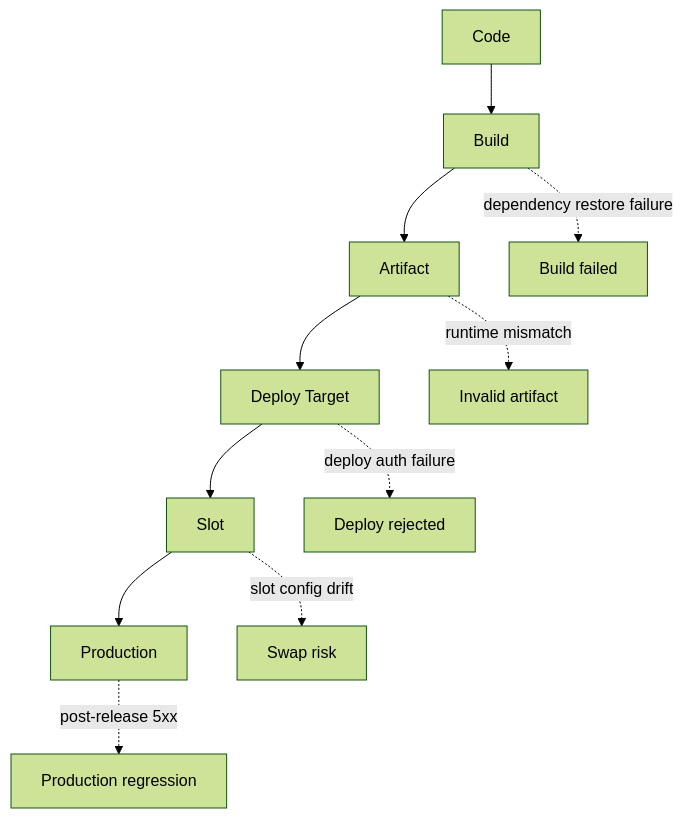
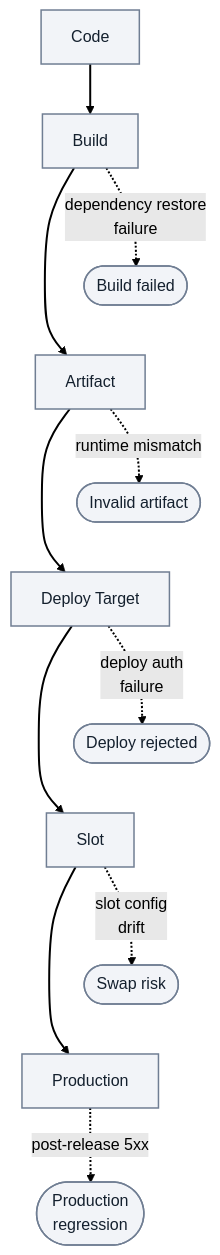
Before and after one commit to yeongseon/azure-functions-practical-guide: the third of 6 diagrams in docs/troubleshooting/request-flow-for-incident-response.md, drawn with Mermaid (forest theme). The commit also changed other lines of this file and 1 other file, not shown here.

First line of the commit message:
docs(diagrams): improve incident-response flows and record storage-map blocker (#457)

````diff
--- a/docs/troubleshooting/request-flow-for-incident-response.md
+++ b/docs/troubleshooting/request-flow-for-incident-response.md
@@ -195,14 +224,24 @@
 ```mermaid
 flowchart TD
+    accTitle: Deployment-stage failure checkpoints
+    accDescr: Illustrative code, build, artifact, deploy target, slot and production stages with five candidate release-failure associations. The slot stage applies to slot-supported hosting plans, not Flex Consumption.
     A[Code] --> B[Build]
     B --> C[Artifact]
     C --> D[Deploy Target]
     D --> E[Slot]
     E --> F[Production]
 
-    B -. dependency restore failure .-> X1[Build failed]
-    C -. runtime mismatch .-> X2[Invalid artifact]
-    D -. deploy auth failure .-> X3[Deploy rejected]
-    E -. slot config drift .-> X4[Swap risk]
-    F -. post-release 5xx .-> X5[Production regression]
+    B -. "dependency restore<br/>failure" .-> X1(["Build failed"])
+    C -. "runtime mismatch" .-> X2(["Invalid artifact"])
+    D -. "deploy auth<br/>failure" .-> X3(["Deploy rejected"])
+    E -. "slot config<br/>drift" .-> X4(["Swap risk"])
+    F -. "post-release 5xx" .-> X5(["Production<br/>regression"])
+    %% Layout-only links serialize callouts; they add no diagnostic steps or arrows.
+    X1 ~~~ C
+    X2 ~~~ D
+    X3 ~~~ E
+    X4 ~~~ F
+    classDef neutral fill:#f2f4f8,stroke:#707e93,stroke-width:1.5px,color:#14202e;
+    class A,B,C,D,E,F,X1,X2,X3,X4,X5 neutral;
+    linkStyle default stroke-width:2px;
 ```
````
